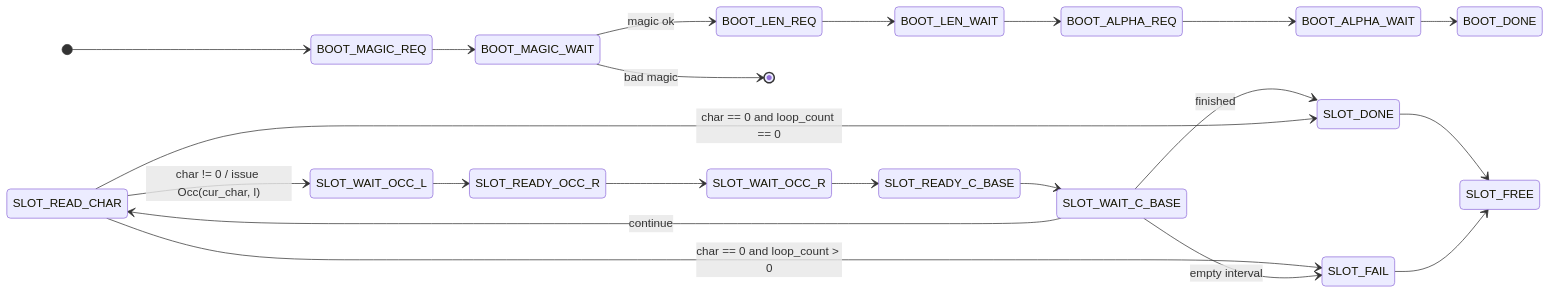
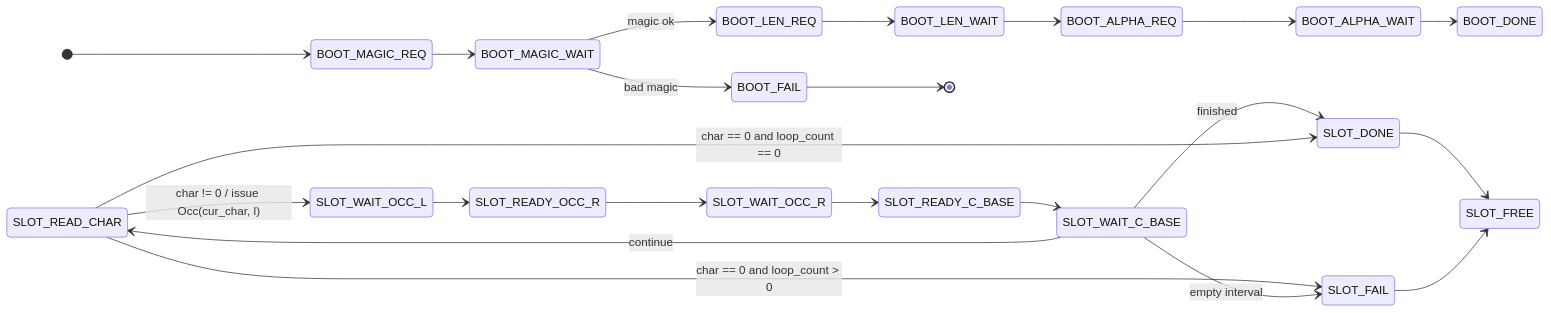
The first of 2 diagrams in docs/FM_Index.md (UAlberta-ECE-492-W2026/sands), drawn with Mermaid before and after one commit. The commit also changed other lines of this file and 2 other files, not shown here.

Commit message:
Add BOOT_FAIL state when bad magic is detected

````diff
--- a/docs/FM_Index.md
+++ b/docs/FM_Index.md
@@ -49,28 +50,29 @@
 ```mermaid
 stateDiagram-v2
     direction LR
 
     [*] --> BOOT_MAGIC_REQ
 
     BOOT_MAGIC_REQ --> BOOT_MAGIC_WAIT
     BOOT_MAGIC_WAIT --> BOOT_LEN_REQ: magic ok
-    BOOT_MAGIC_WAIT --> [*]: bad magic
+    BOOT_MAGIC_WAIT --> BOOT_FAIL: bad magic
     BOOT_LEN_REQ --> BOOT_LEN_WAIT
     BOOT_LEN_WAIT --> BOOT_ALPHA_REQ
     BOOT_ALPHA_REQ --> BOOT_ALPHA_WAIT
     BOOT_ALPHA_WAIT --> BOOT_DONE
+    BOOT_FAIL --> [*]
 
     SLOT_READ_CHAR --> SLOT_FAIL: char == 0 and loop_count > 0
     SLOT_READ_CHAR --> SLOT_WAIT_OCC_L: char != 0 / issue Occ(cur_char, l)
     SLOT_WAIT_OCC_L --> SLOT_READY_OCC_R
     SLOT_READY_OCC_R --> SLOT_WAIT_OCC_R
     SLOT_WAIT_OCC_R --> SLOT_READY_C_BASE
     SLOT_READY_C_BASE --> SLOT_WAIT_C_BASE
     SLOT_WAIT_C_BASE --> SLOT_READ_CHAR: continue
     SLOT_WAIT_C_BASE --> SLOT_DONE: finished
     SLOT_WAIT_C_BASE --> SLOT_FAIL: empty interval
     SLOT_READ_CHAR --> SLOT_DONE: char == 0 and loop_count == 0
 
     SLOT_DONE --> SLOT_FREE
     SLOT_FAIL --> SLOT_FREE
 ```
````
